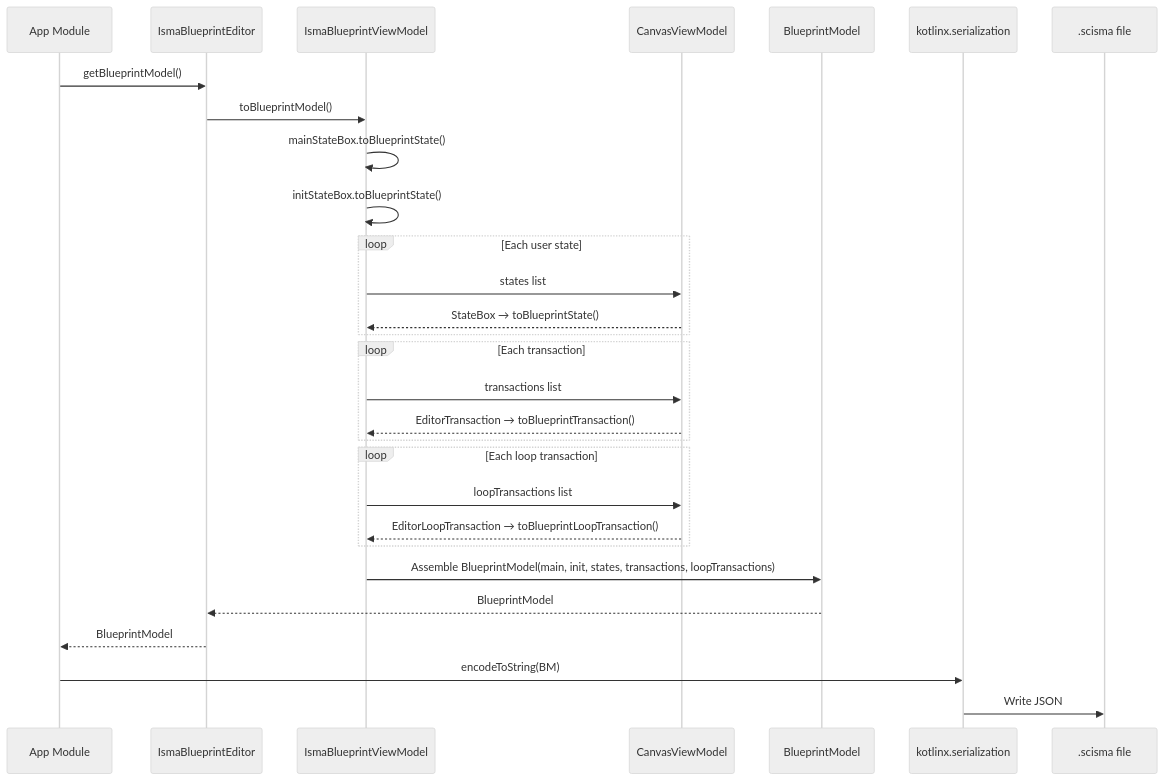
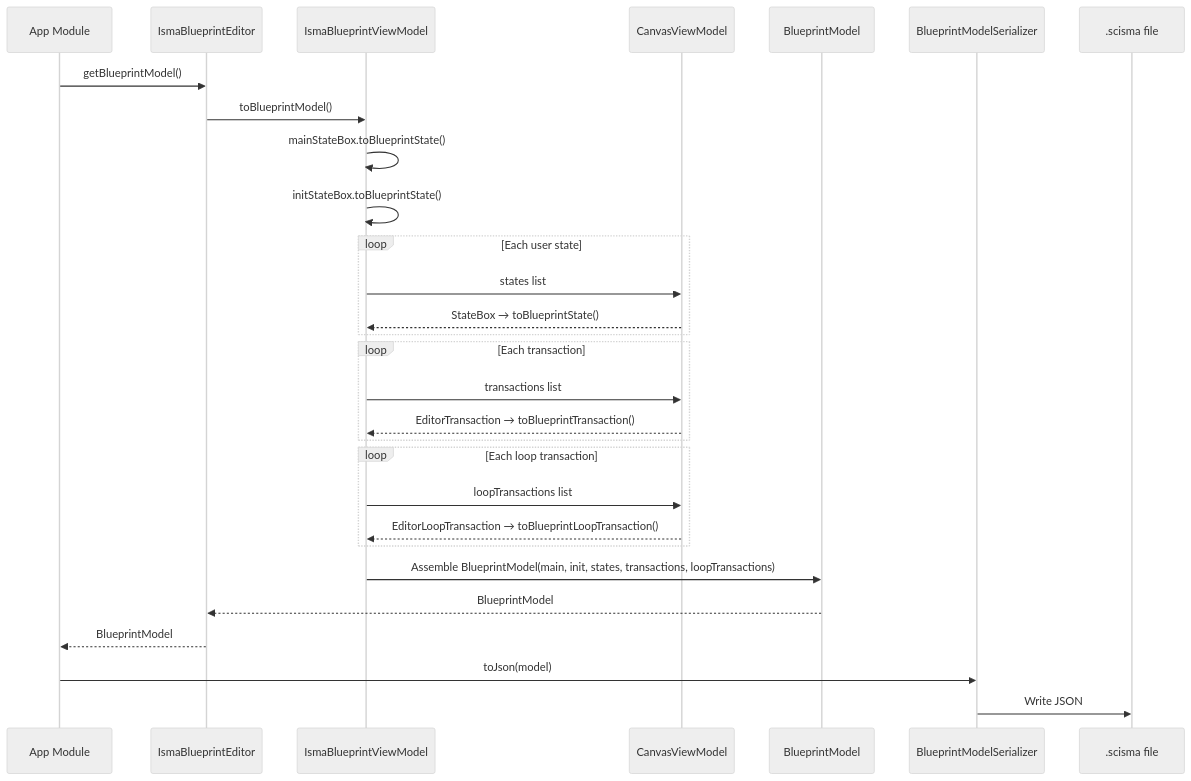
The first of 2 diagrams in docs/isma-ui/blueprint-editor/01-architecture.md (SmallBossGames/isma), drawn with Mermaid (neutral theme) before and after one commit. The commit also changed other lines of this file and 2 other files, not shown here.

````diff
--- a/docs/isma-ui/blueprint-editor/01-architecture.md
+++ b/docs/isma-ui/blueprint-editor/01-architecture.md
@@ -75,32 +75,32 @@
 ```mermaid
 sequenceDiagram
     participant App as App Module
     participant Editor as IsmaBlueprintEditor
     participant VM as IsmaBlueprintViewModel
     participant CVM as CanvasViewModel
     participant BM as BlueprintModel
-    participant JSON as kotlinx.serialization
+    participant BMS as BlueprintModelSerializer
     participant File as .scisma file
 
     App->>Editor: getBlueprintModel()
     Editor->>VM: toBlueprintModel()
     VM->>VM: mainStateBox.toBlueprintState()
     VM->>VM: initStateBox.toBlueprintState()
     loop Each user state
         VM->>CVM: states list
         CVM-->>VM: StateBox → toBlueprintState()
     end
     loop Each transaction
         VM->>CVM: transactions list
         CVM-->>VM: EditorTransaction → toBlueprintTransaction()
     end
     loop Each loop transaction
         VM->>CVM: loopTransactions list
         CVM-->>VM: EditorLoopTransaction → toBlueprintLoopTransaction()
     end
     VM->>BM: Assemble BlueprintModel(main, init, states, transactions, loopTransactions)
     BM-->>Editor: BlueprintModel
     Editor-->>App: BlueprintModel
-    App->>JSON: encodeToString(BM)
-    JSON->>File: Write JSON
+    App->>BMS: toJson(model)
+    BMS->>File: Write JSON
 ```
````
